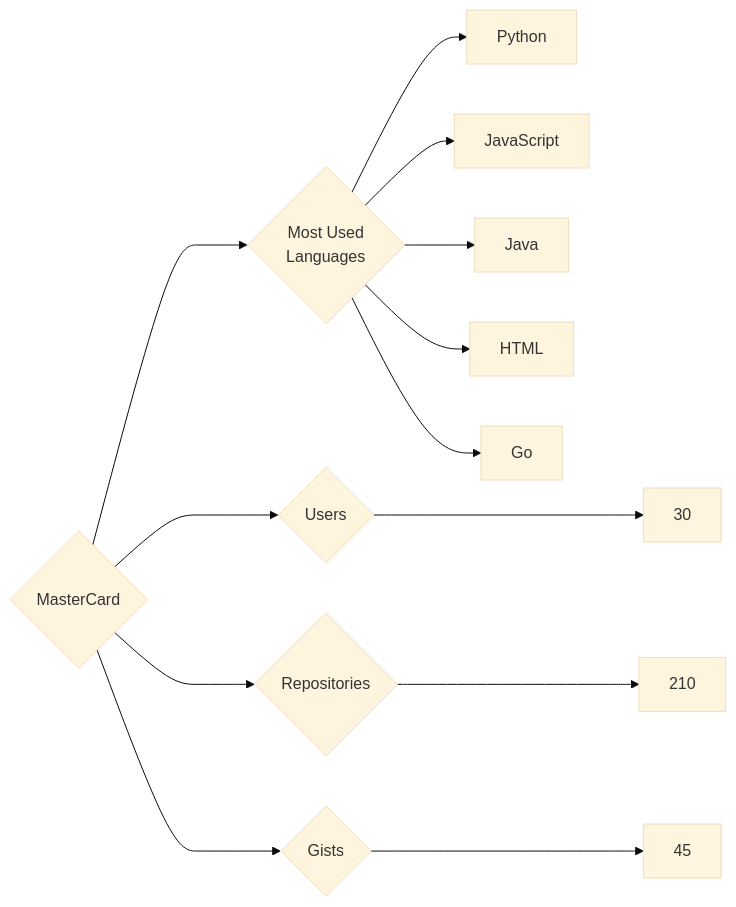
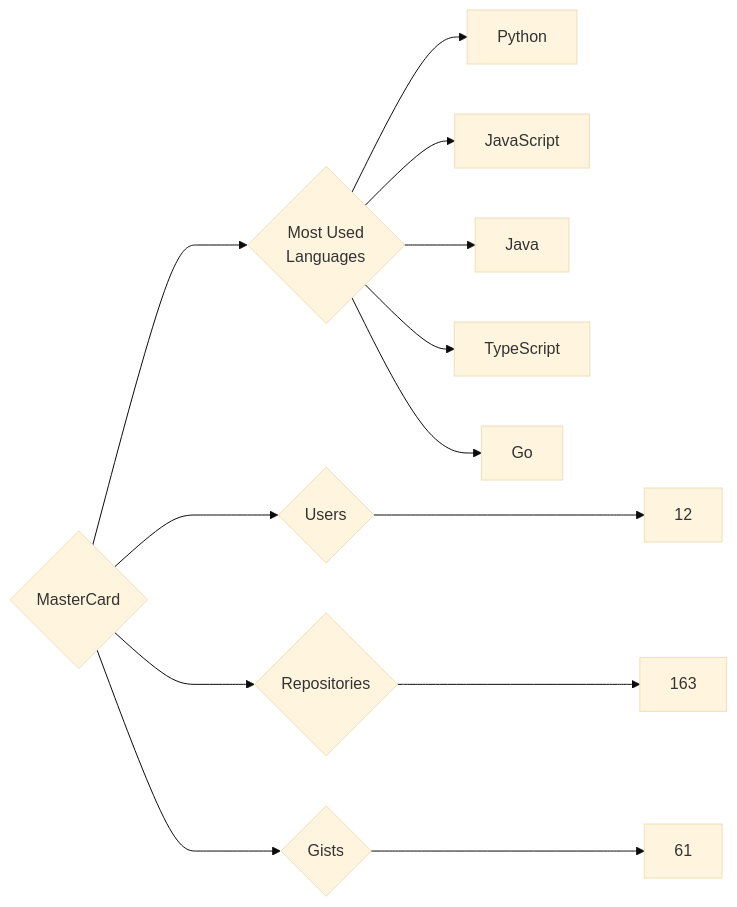
One commit to trickest/insiders changed the diagram in targets/MasterCard/README.md. Above: the diagram before and after it, drawn with Mermaid (base theme). The commit also changed 953 other files, not shown here.

````diff
--- a/targets/MasterCard/README.md
+++ b/targets/MasterCard/README.md
@@ -3,13 +3,13 @@
 ```mermaid
 graph LR
 COMPANY_NAME{MasterCard}
-COMPANY_NAME ---> U{Users} ---> UN[30]
-COMPANY_NAME ---> R{Repositories} ---> RN[210]
-COMPANY_NAME ---> G{Gists} ---> GN[45]
+COMPANY_NAME ---> U{Users} ---> UN[12]
+COMPANY_NAME ---> R{Repositories} ---> RN[163]
+COMPANY_NAME ---> G{Gists} ---> GN[61]
 COMPANY_NAME ---> ML{Most Used<br>Languages}
 ML --> Python[Python]
 ML --> JavaScript[JavaScript]
 ML --> Java[Java]
-ML --> HTML[HTML]
+ML --> TypeScript[TypeScript]
 ML --> Go[Go]
 ```
````
